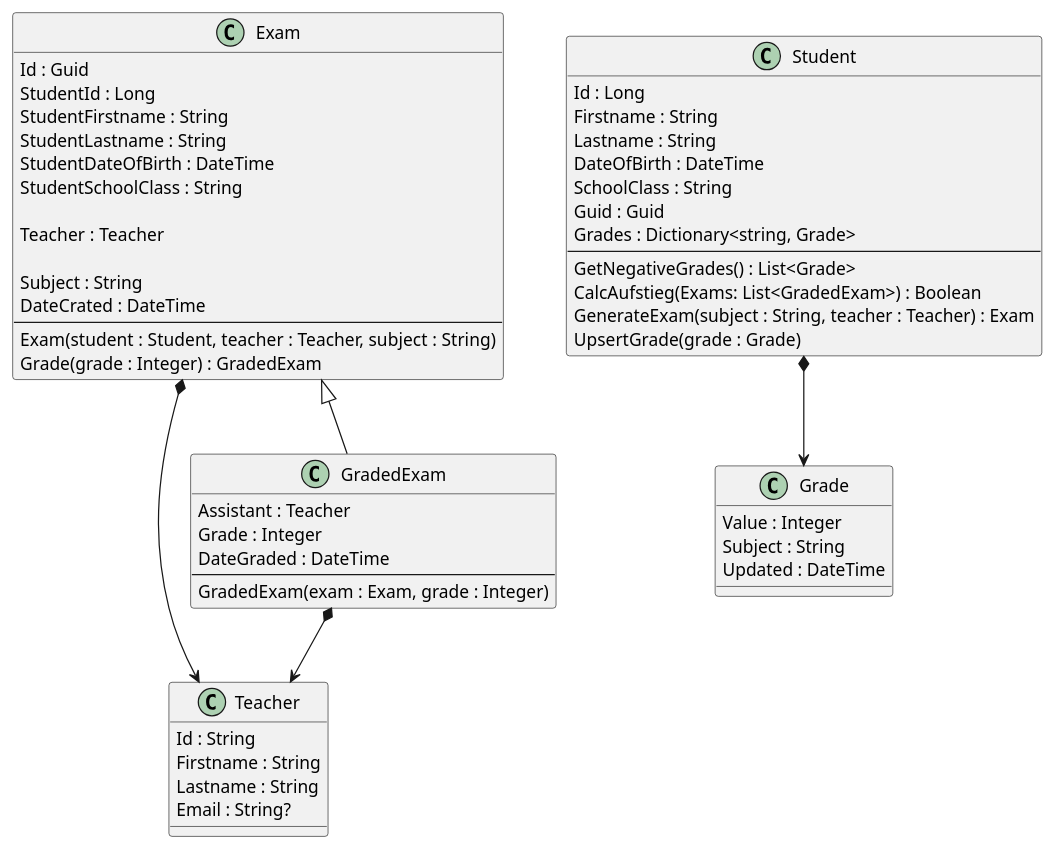
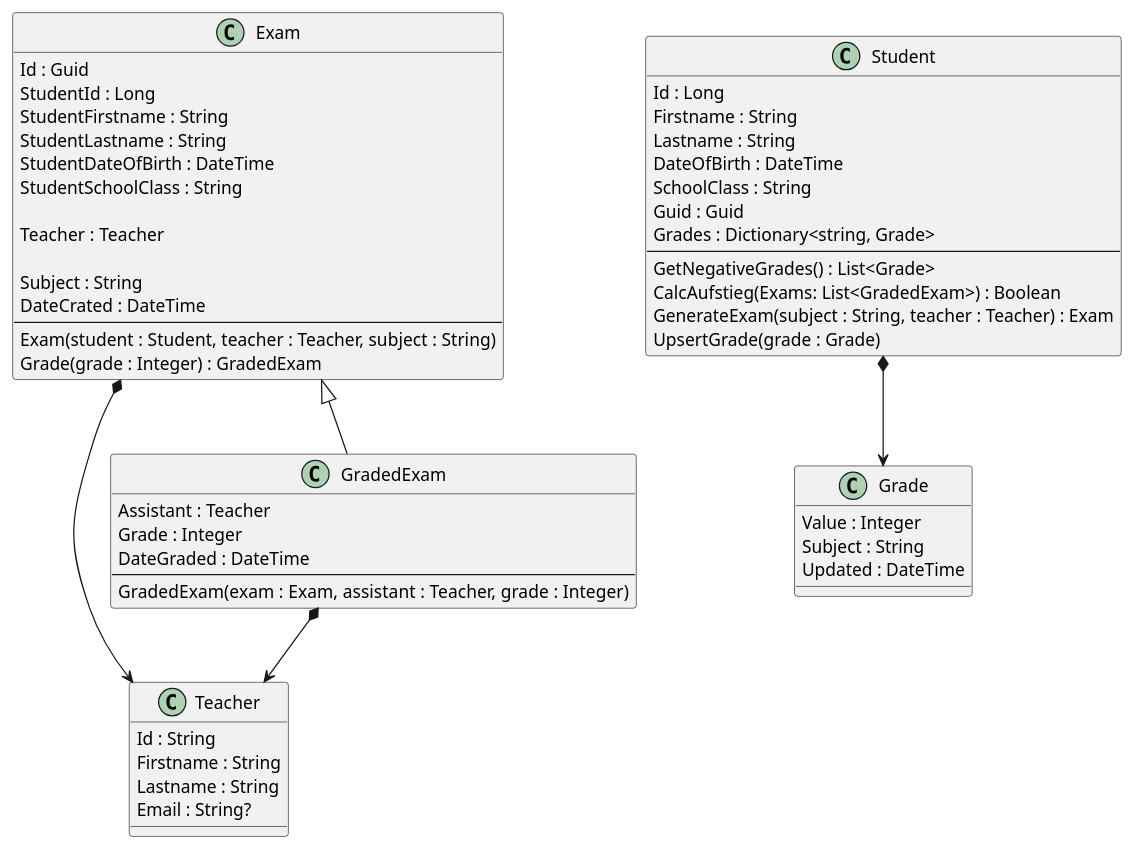
Before and after one commit to schletz/Dbi3Sem: the diagram in 13_NoSQL/Projekt Pruefungsverwaltung/01 Modell.md, drawn with PlantUML. The commit also changed 1 other file, not shown here.

````diff
--- a/13_NoSQL/Projekt Pruefungsverwaltung/01 Modell.md
+++ b/13_NoSQL/Projekt Pruefungsverwaltung/01 Modell.md
@@ -25,60 +25,60 @@
 ```plantuml
 @startuml
 class Student {
    Id : Long
    Firstname : String
    Lastname : String
    DateOfBirth : DateTime
    SchoolClass : String   
    Guid : Guid
    Grades : Dictionary<string, Grade>
    ---
    GetNegativeGrades() : List<Grade>
    CalcAufstieg(Exams: List<GradedExam>) : Boolean
    GenerateExam(subject : String, teacher : Teacher) : Exam
    UpsertGrade(grade : Grade)
 }
 
 class Grade {
     Value : Integer
     Subject : String
     Updated : DateTime
 }
 class Teacher {
     Id : String
     Firstname : String
     Lastname : String
     Email : String?
 }
 
 class Exam {
     Id : Guid
     StudentId : Long
     StudentFirstname : String
     StudentLastname : String
     StudentDateOfBirth : DateTime
     StudentSchoolClass : String
 
     Teacher : Teacher
 
     Subject : String
     DateCrated : DateTime
     ---
     Exam(student : Student, teacher : Teacher, subject : String)
     Grade(grade : Integer) : GradedExam
 }
 
 class GradedExam {
     Assistant : Teacher
     Grade : Integer
     DateGraded : DateTime
     ---
-    GradedExam(exam : Exam, grade : Integer)
+    GradedExam(exam : Exam, assistant : Teacher, grade : Integer)
 }
 
 Exam *--> Teacher
 GradedExam *--> Teacher
 Student *--> Grade
 GradedExam -up-|> Exam
 @enduml
 ```
````
